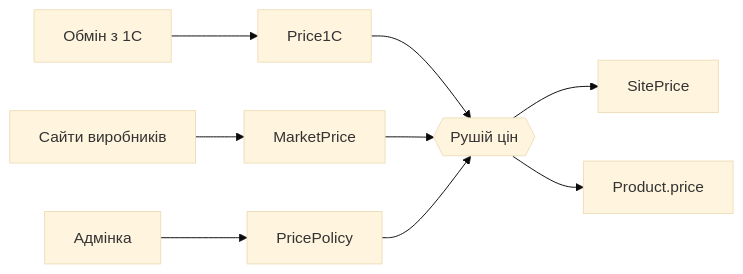
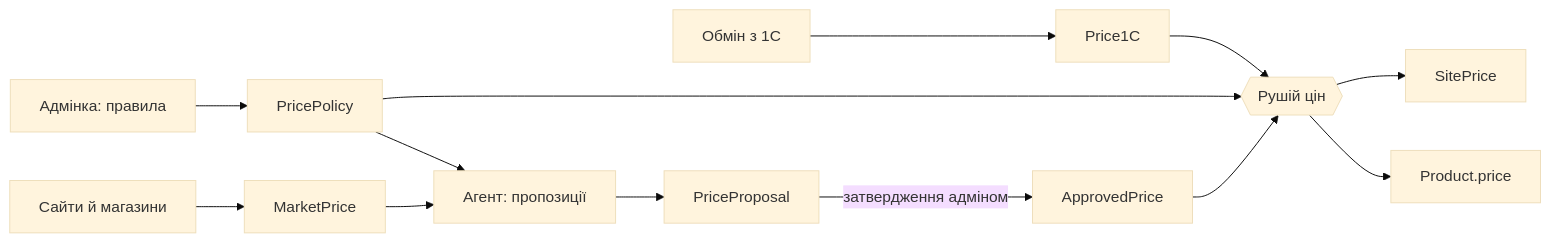
Before and after one commit to Yura250292/Budvik: the diagram in docs/pricing.md, drawn with Mermaid (base theme). The commit also changed other lines of this file and 23 other files, not shown here.

````diff
--- a/docs/pricing.md
+++ b/docs/pricing.md
@@ -35,11 +39,15 @@
 ```mermaid
 flowchart LR
   A[Обмін з 1С] --> P1[Price1C]
-  B[Сайти виробників] --> M[MarketPrice]
-  C[Адмінка] --> PP[PricePolicy]
+  C[Адмінка: правила] --> PP[PricePolicy]
   P1 --> E{{Рушій цін}}
-  M --> E
   PP --> E
+  AP[ApprovedPrice] --> E
   E --> S[SitePrice]
   E --> PR[Product.price]
+  W[Сайти й магазини] --> M[MarketPrice]
+  M --> AG[Агент: пропозиції]
+  PP --> AG
+  AG --> PRP[PriceProposal]
+  PRP -->|затвердження адміном| AP
 ```
````
